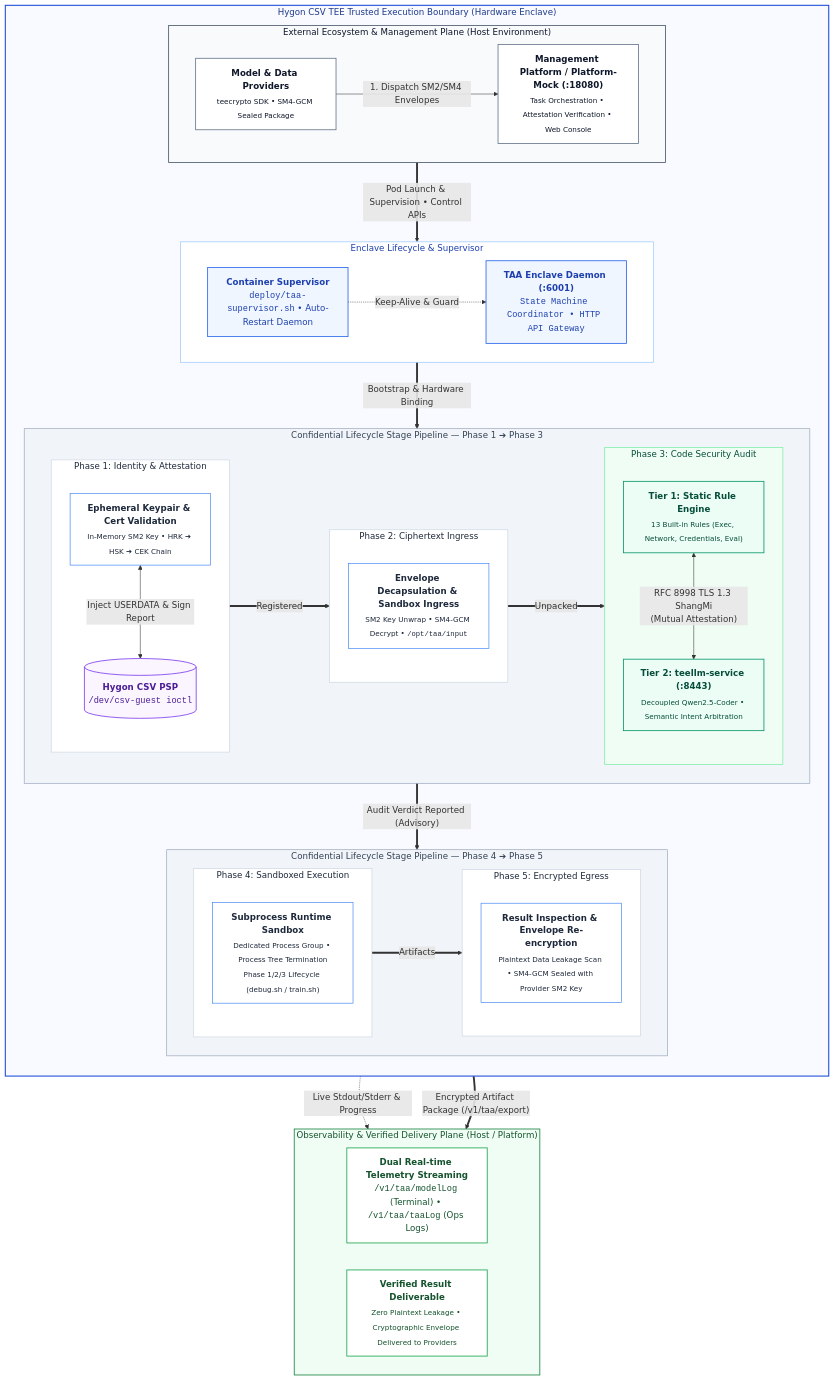
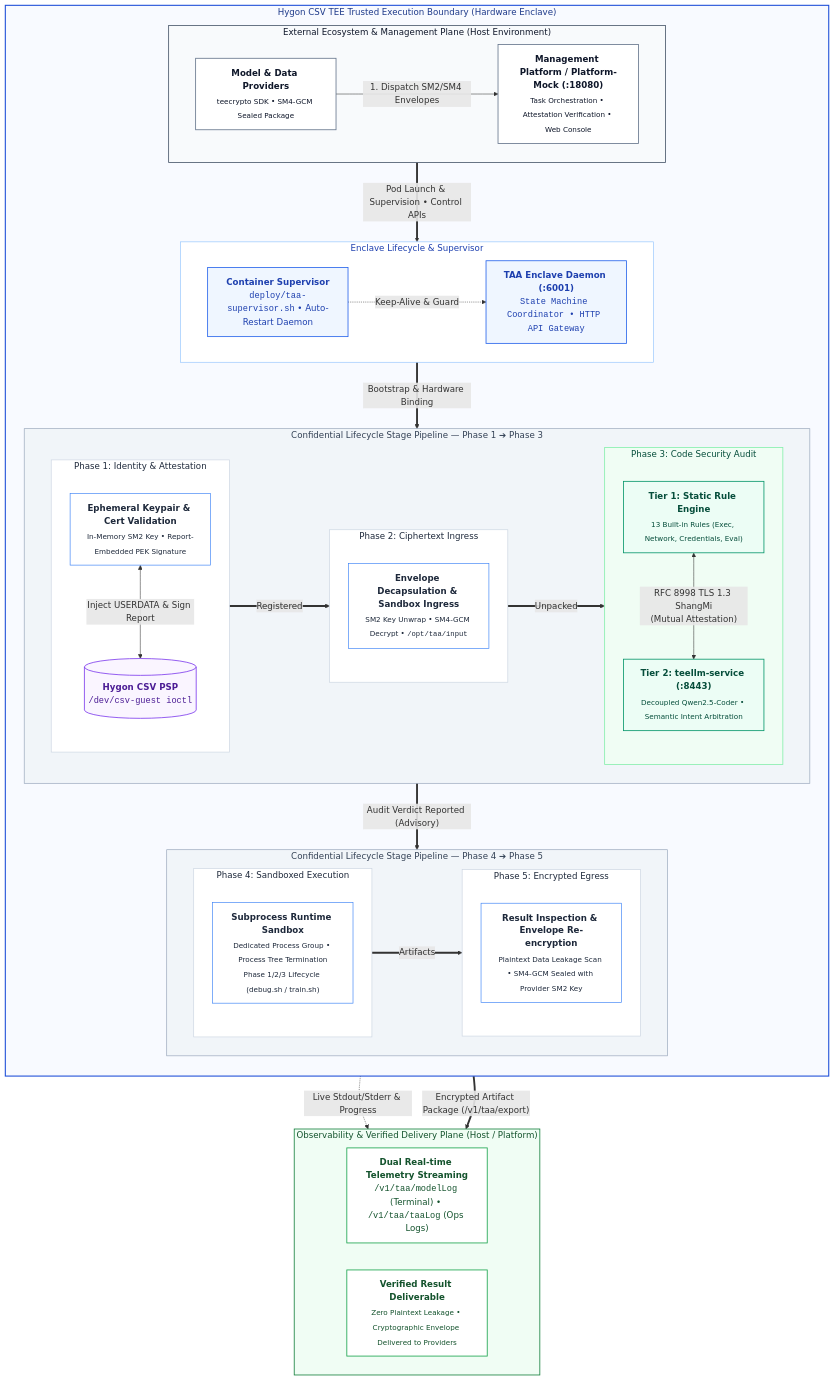
Before and after one commit to CipherSlinger/taa: the diagram in README.md, drawn with Mermaid. The commit also changed other lines of this file and 4 other files, not shown here.

```diff
--- a/README.md
+++ b/README.md
@@ -49,7 +49,7 @@
             direction LR
             subgraph Stage1["Phase 1: Identity & Attestation"]
                 direction TB
-                S1["<b>Ephemeral Keypair & Cert Validation</b><br/><sub>In-Memory SM2 Key • HRK ➔ HSK ➔ CEK Chain</sub>"]
+                S1["<b>Ephemeral Keypair & Cert Validation</b><br/><sub>In-Memory SM2 Key • Report-Embedded PEK Signature</sub>"]
                 CSVDriver[("<b>Hygon CSV PSP</b><br/><code>/dev/csv-guest ioctl</code>")]
                 S1 <-->|"Inject USERDATA & Sign Report"| CSVDriver
             end
```
